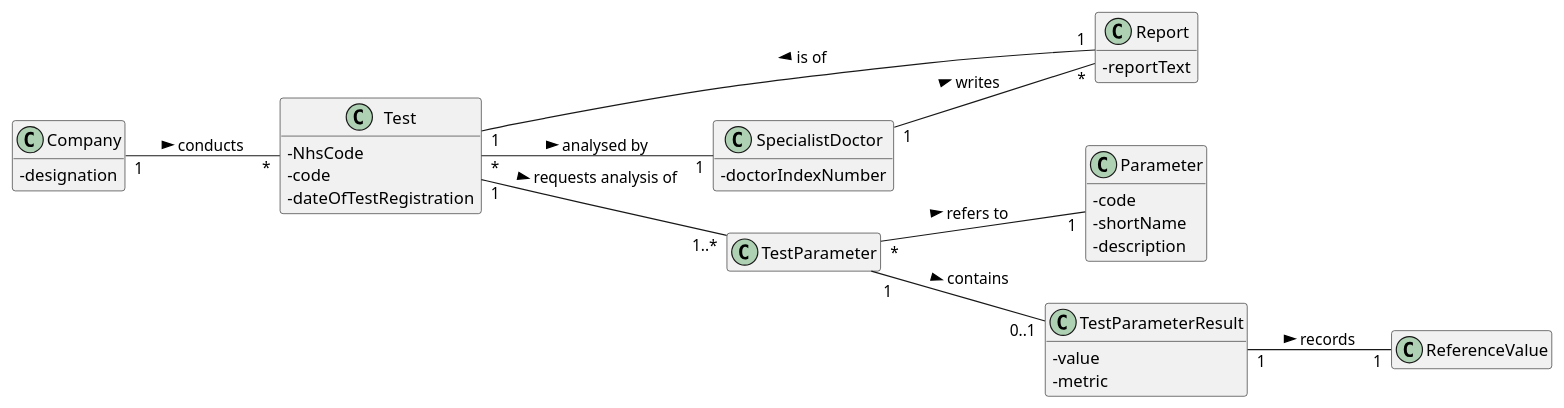
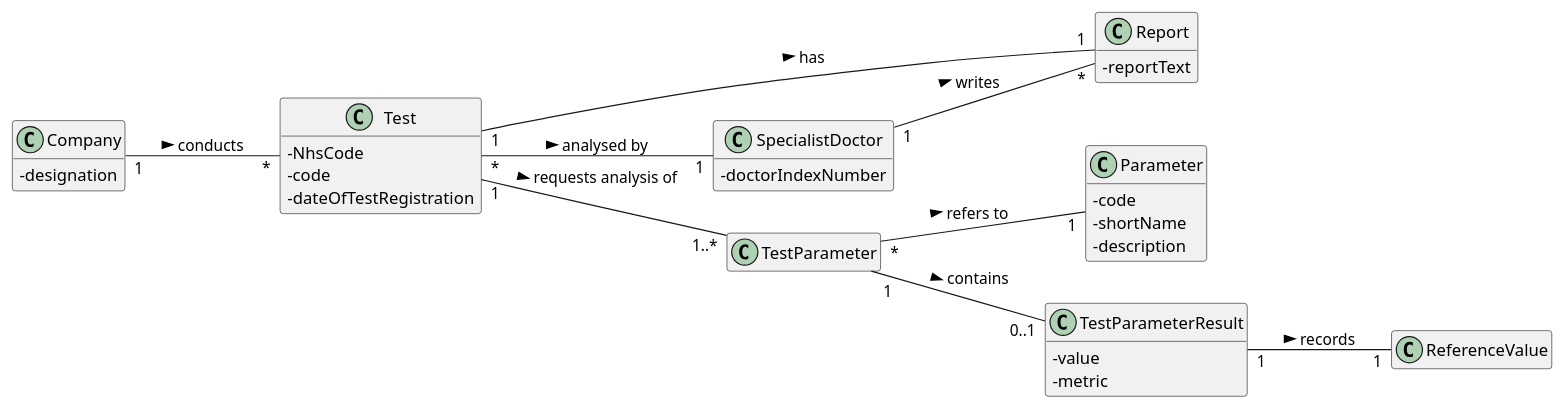
The diagram in docs/SprintD/US_14/US14_DM.puml (ana-albergaria/LAPR2-ISEP), drawn with PlantUML before and after one commit. The commit also changed 6 other files, not shown here.

```diff
--- a/docs/SprintD/US_14/US14_DM.puml
+++ b/docs/SprintD/US_14/US14_DM.puml
@@ -1,68 +1,68 @@
 @startuml
 
 skinparam classAttributeIconSize 0
 hide empty methods
 hide empty attributes
 left to right direction
 
 class Company{
 - designation
 }
 
 'class FinalResult{}
 
 'class ChemicalResult{}
 
 'class Diagnosis{}
 
 class Report{
 - reportText
 }
 
 class SpecialistDoctor{
 - doctorIndexNumber
 }
 
 class Test{
 - NhsCode
 - code
 - dateOfTestRegistration
 }
 
 /'class TestType{
 - code
 - description
 - collectingMethod
 }'/
 
 class TestParameter{}
 
 class Parameter{
 - code
 - shortName
 - description
 }
 
 class TestParameterResult{
 - value
 - metric
 }
 
 class ReferenceValue{}
 
 Company "1" -- "*" Test : conducts >
 'ChemicalResult "1" -- "1" Test : presented under >
 Test "*" -- "1" SpecialistDoctor : analysed by >
 'SpecialistDoctor "1" -- "*" Diagnosis : makes >
 SpecialistDoctor "1" -- "*" Report : writes >
 'Diagnosis "1" -- "1" FinalResult : receives <
 'Report "1" -- "1" FinalResult : receives <
-Report "1" -- "1" Test : is of >
+Report "1" -- "1" Test : has <
 'Test "*" -- "1" TestType : is of >
 Test "1" -- "1..*" TestParameter : requests analysis of >
 TestParameter "*" -- "1" Parameter : refers to >
 TestParameter "1" -- "0..1" TestParameterResult : contains >
 TestParameterResult "1" -- "1" ReferenceValue : records >
 
 
 @enduml
```
